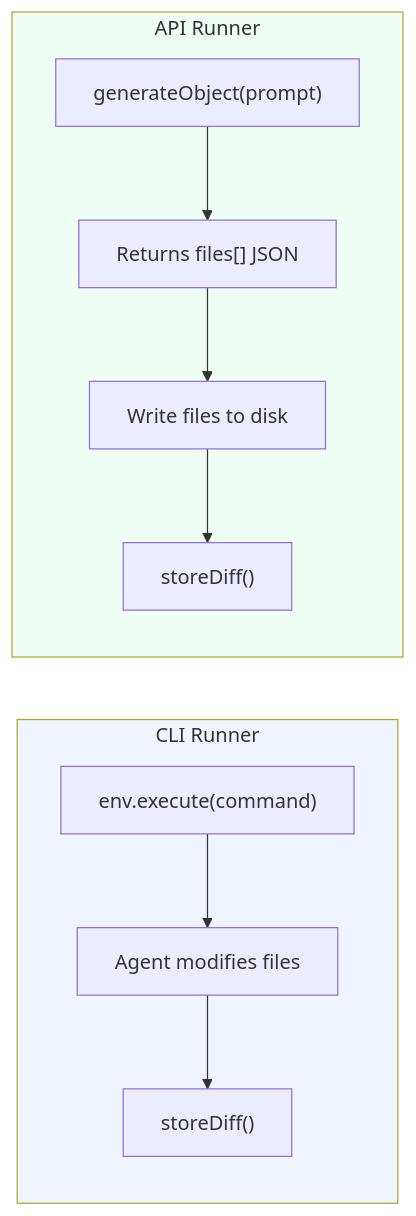
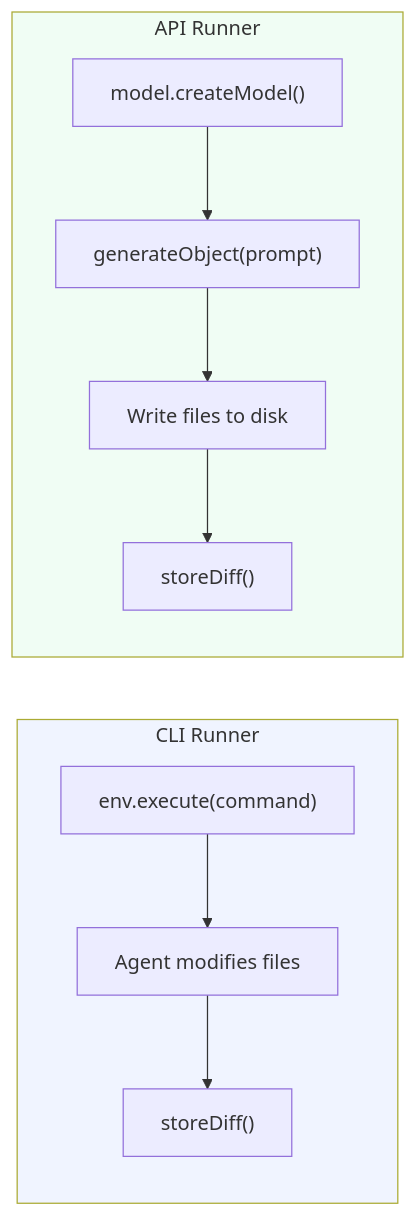
One commit to Tlahey/agent-eval changed the second of 2 diagrams in apps/docs/guide/runners.md. Above: the diagram before and after it, drawn with Mermaid. The commit also changed other lines of this file and 68 other files, not shown here.

First line of the commit message:
refactor(core): decouple plugin architecture with IModelPlugin and IRunnerPlugin (#7)

````diff
--- a/apps/docs/guide/runners.md
+++ b/apps/docs/guide/runners.md
@@ -260,16 +262,16 @@
 ```mermaid
 flowchart LR
     subgraph CLI["CLI Runner"]
         A["env.execute(command)"] --> B["Agent modifies files"]
         B --> C["storeDiff()"]
     end
 
     subgraph API["API Runner"]
-        D["generateObject(prompt)"] --> E["Returns files[] JSON"]
+        D["model.createModel()"] --> E["generateObject(prompt)"]
         E --> F["Write files to disk"]
         F --> G["storeDiff()"]
     end
 
     style CLI fill:#f0f4ff
     style API fill:#f0fdf4
 ```
````
